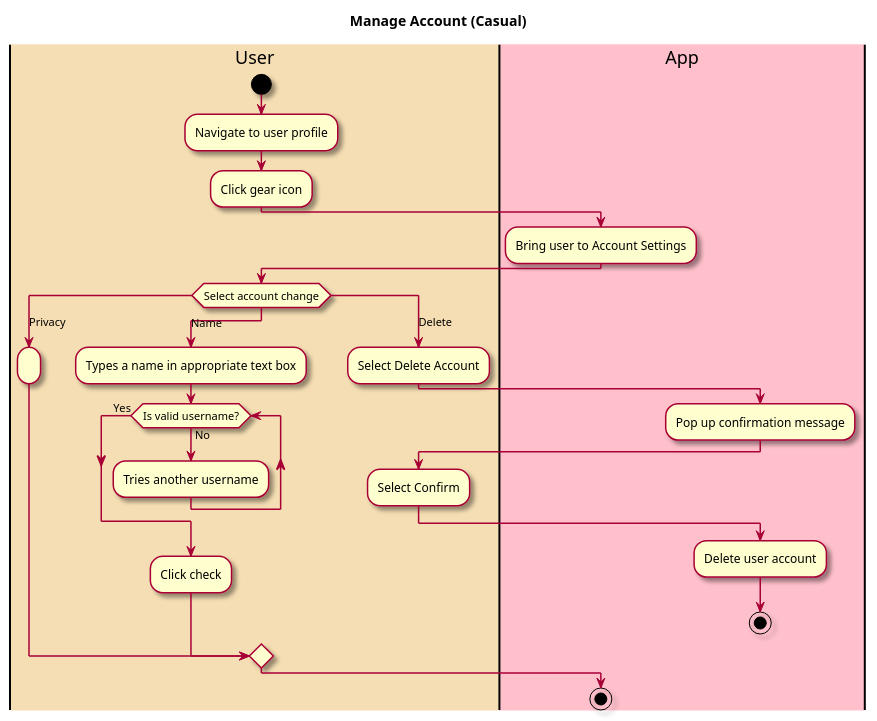
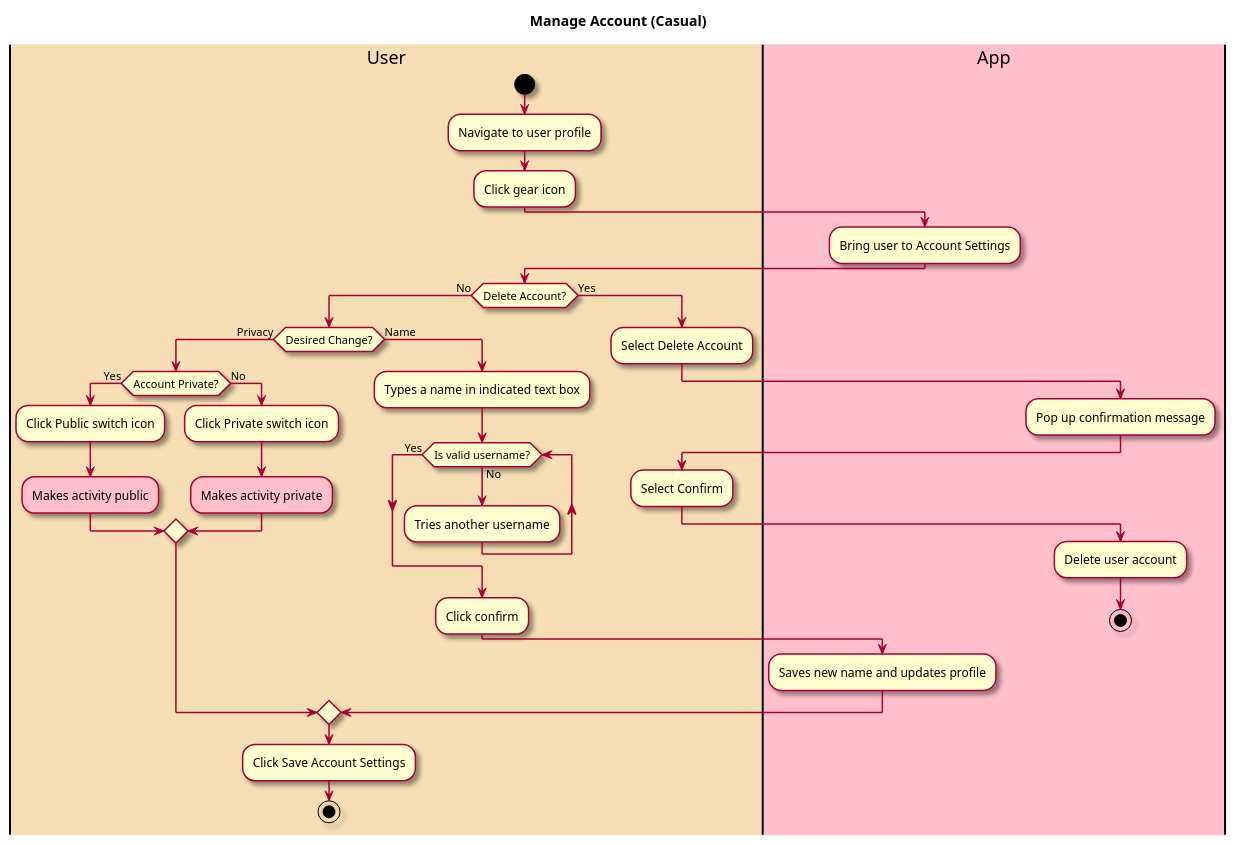
One commit to tanwasp/LunchBox-Android changed the diagram in intellij/doc/use_cases/manage-account.md. Above: the diagram before and after it, drawn with PlantUML. The commit also changed other lines of this file, not shown here.

Commit message:
Use case: manage account

````diff
--- a/intellij/doc/use_cases/manage-account.md
+++ b/intellij/doc/use_cases/manage-account.md
@@ -24,46 +24,58 @@
 ```plantuml
 @startuml
 
 skin rose
 
 title Manage Account (Casual)
 
 |#wheat|User|
 |#pink|App|
 
 |User|
 start
 :Navigate to user profile;
 :Click gear icon;
 
 |App|
 :Bring user to Account Settings;
 
 |User|
-switch (Select account change) 
-case (Privacy)
-:;
-case (Name)
+if (Delete Account?) is (No) then
+if (Desired Change?) is (Privacy) then
+if (Account Private?) is (Yes) then
+:Click Public switch icon;
+#pink:Makes activity public;
+else (No)
+:Click Private switch icon;
+#pink:Makes activity private;
+endif
+else (Name)
 |User|
-:Types a name in appropriate text box;
+:Types a name in indicated text box;
+
 
 while (Is valid username?) is (No) 
 |User|
 :Tries another username;
 endwhile (Yes)
-:Click check;
+:Click confirm;
+|App|
+:Saves new name and updates profile;
+endif
+|User|
+:Click Save Account Settings;
+stop
 
-case (Delete)
+else (Yes)
+|User|
 :Select Delete Account;
 |App|
 :Pop up confirmation message;
 |User|
 :Select Confirm;
 |App|
 :Delete user account;
 stop
-endswitch
 
-stop
 @enduml
 ```
````
